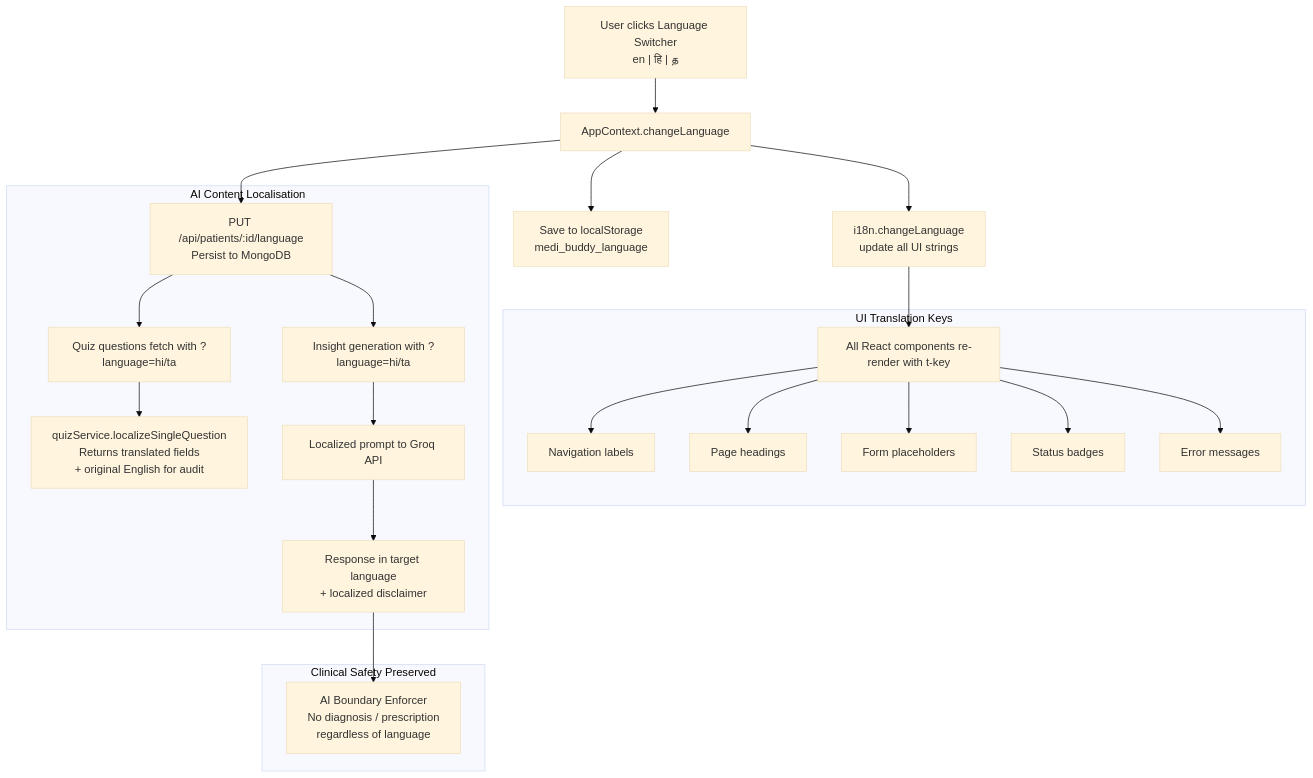
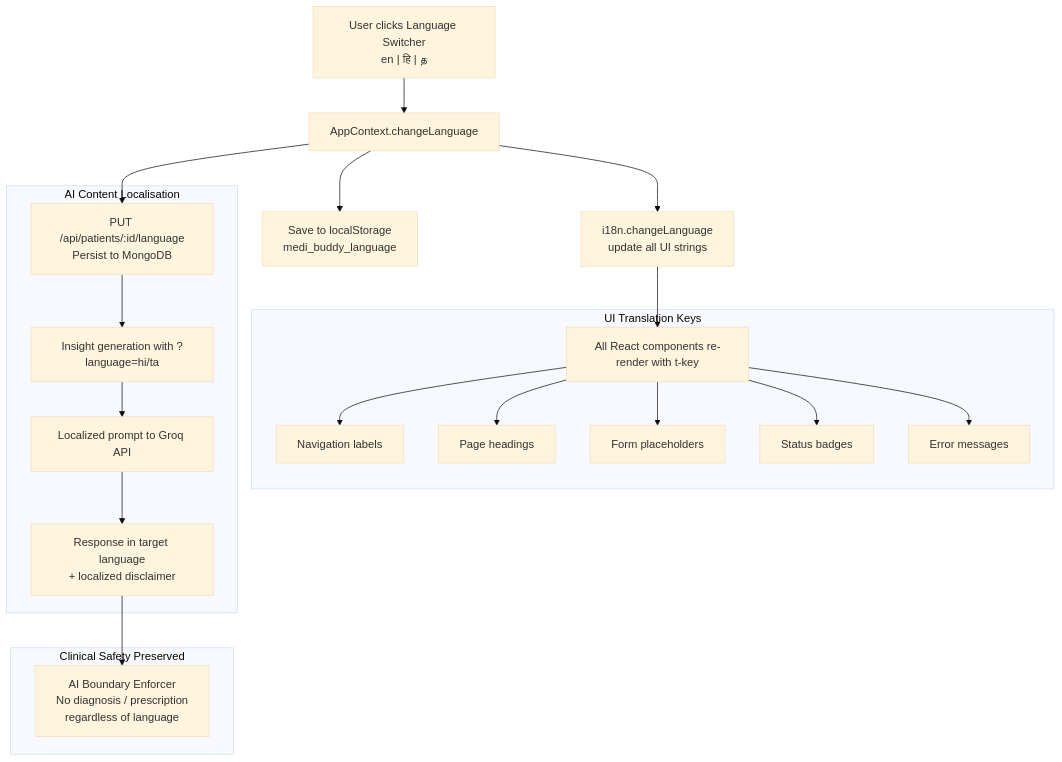
One commit to abhinavshankar17/MediBuddy changed the ninth of 9 diagrams in README.md. Above: the diagram before and after it, drawn with Mermaid (base theme). The commit also changed other lines of this file, not shown here.

````diff
--- a/README.md
+++ b/README.md
@@ -508,29 +467,27 @@
 ```mermaid
 flowchart TD
     A["User clicks Language Switcher\nen | हि | த"] --> B[AppContext.changeLanguage]
     B --> C["i18n.changeLanguage\nupdate all UI strings"]
     B --> D["Save to localStorage\nmedi_buddy_language"]
     B --> E["PUT /api/patients/:id/language\nPersist to MongoDB"]
 
     C --> F[All React components re-render with t-key]
 
     subgraph UITranslation ["UI Translation Keys"]
         F --> G[Navigation labels]
         F --> H[Page headings]
         F --> I[Form placeholders]
         F --> J[Status badges]
         F --> K[Error messages]
     end
 
     subgraph AITranslation ["AI Content Localisation"]
-        E --> L["Quiz questions fetch with ?language=hi/ta"]
-        L --> M["quizService.localizeSingleQuestion\nReturns translated fields\n+ original English for audit"]
         E --> N["Insight generation with ?language=hi/ta"]
         N --> O["Localized prompt to Groq API"]
         O --> P["Response in target language\n+ localized disclaimer"]
     end
 
     subgraph Safety ["Clinical Safety Preserved"]
         P --> R["AI Boundary Enforcer\nNo diagnosis / prescription\nregardless of language"]
     end
 ```
````
